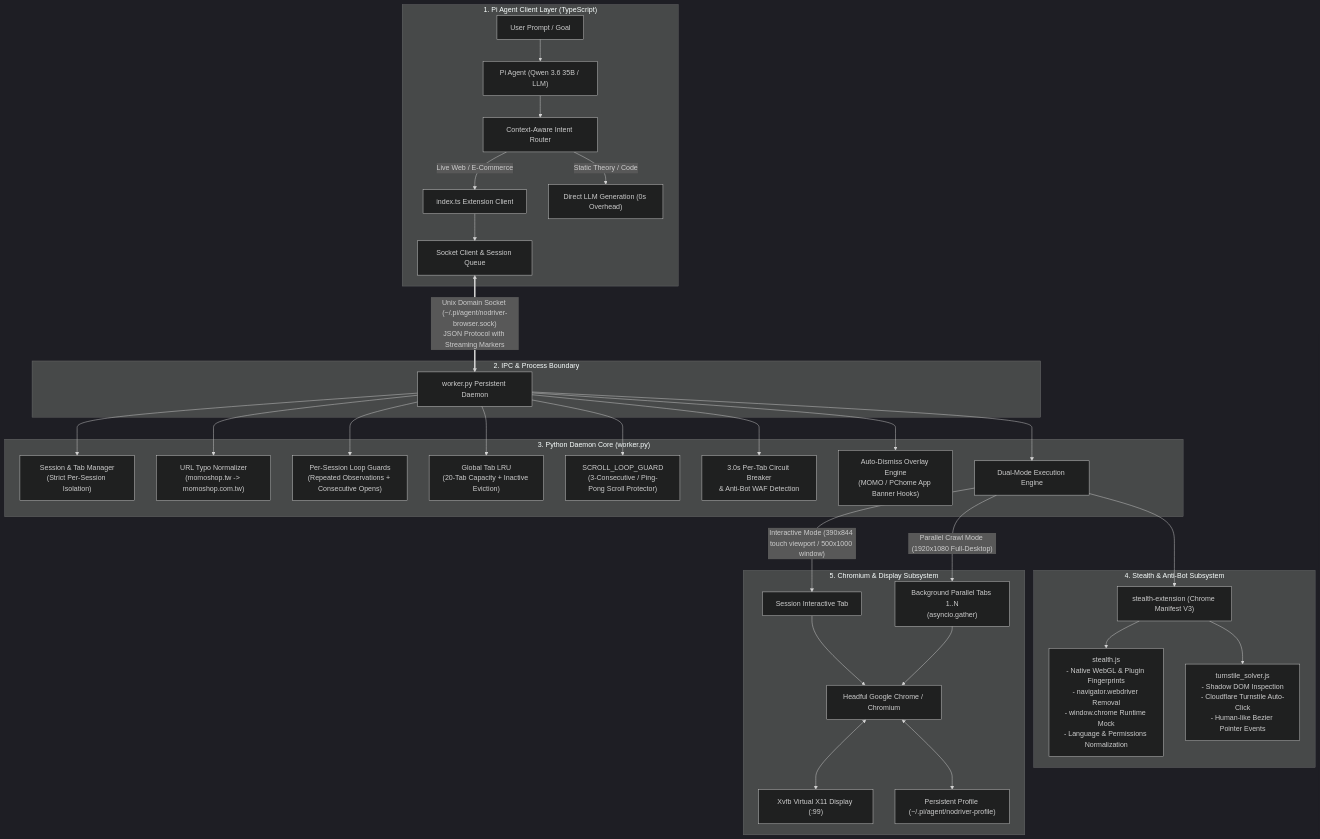
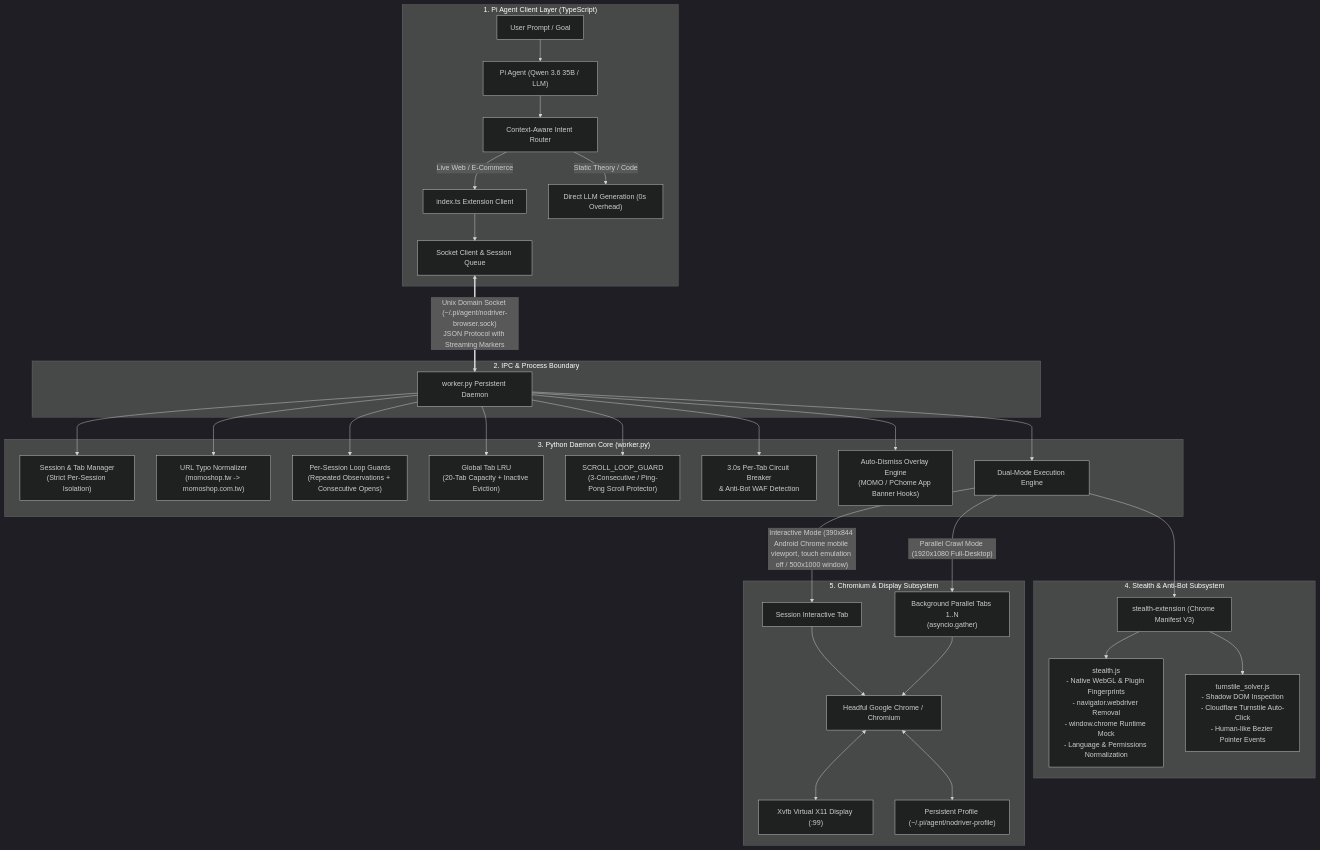
One commit to AyaSakura-comp/pi-nodriver-browser changed the first of 5 diagrams in README.md. Above: the diagram before and after it, drawn with Mermaid (dark theme). The commit also changed other lines of this file and 8 other files, not shown here.

````diff
--- a/README.md
+++ b/README.md
@@ -24,40 +24,40 @@
 ```mermaid
 flowchart TB
     subgraph ClientLayer["1. Pi Agent Client Layer (TypeScript)"]
         UI["User Prompt / Goal"] --> AGENT["Pi Agent (Qwen 3.6 35B / LLM)"]
         AGENT --> ROUTER["Context-Aware Intent Router"]
         ROUTER -->|"Live Web / E-Commerce"| EXT["index.ts Extension Client"]
         ROUTER -->|"Static Theory / Code"| DIRECT["Direct LLM Generation (0s Overhead)"]
         EXT --> IPC_CLIENT["Socket Client & Session Queue"]
     end
 
     subgraph IPCLayer["2. IPC & Process Boundary"]
         IPC_CLIENT <==>|"Unix Domain Socket (~/.pi/agent/nodriver-browser.sock)\nJSON Protocol with Streaming Markers"| DAEMON["worker.py Persistent Daemon"]
     end
 
     subgraph DaemonLayer["3. Python Daemon Core (worker.py)"]
         DAEMON --> SESSIONS["Session & Tab Manager\n(Strict Per-Session Isolation)"]
         DAEMON --> URL_NORM["URL Typo Normalizer\n(momoshop.tw -> momoshop.com.tw)"]
         DAEMON --> GUARD["Per-Session Loop Guards\n(Repeated Observations + Consecutive Opens)"]
         DAEMON --> TAB_LRU["Global Tab LRU\n(20-Tab Capacity + Inactive Eviction)"]
         DAEMON --> SCROLL_GUARD["SCROLL_LOOP_GUARD\n(3-Consecutive / Ping-Pong Scroll Protector)"]
         DAEMON --> BREAKER["3.0s Per-Tab Circuit Breaker\n& Anti-Bot WAF Detection"]
         DAEMON --> AUTO_DISMISS["Auto-Dismiss Overlay Engine\n(MOMO / PChome App Banner Hooks)"]
         DAEMON --> ENGINE["Dual-Mode Execution Engine"]
     end
 
     subgraph StealthLayer["4. Stealth & Anti-Bot Subsystem"]
         ENGINE --> STEALTH_EXT["stealth-extension (Chrome Manifest V3)"]
         STEALTH_EXT --> S_STEALTH["stealth.js\n- Native WebGL & Plugin Fingerprints\n- navigator.webdriver Removal\n- window.chrome Runtime Mock\n- Language & Permissions Normalization"]
         STEALTH_EXT --> S_SOLVER["turnstile_solver.js\n- Shadow DOM Inspection\n- Cloudflare Turnstile Auto-Click\n- Human-like Bezier Pointer Events"]
     end
 
     subgraph BrowserLayer["5. Chromium & Display Subsystem"]
-        ENGINE -->|"Interactive Mode (390x844 touch viewport / 500x1000 window)"| TAB_ACTIVE["Session Interactive Tab"]
+        ENGINE -->|"Interactive Mode (390x844 Android Chrome mobile viewport, touch emulation off / 500x1000 window)"| TAB_ACTIVE["Session Interactive Tab"]
         ENGINE -->|"Parallel Crawl Mode (1920x1080 Full-Desktop)"| TABS_POOL["Background Parallel Tabs 1..N\n(asyncio.gather)"]
         TAB_ACTIVE --> CHROME["Headful Google Chrome / Chromium"]
         TABS_POOL --> CHROME
         CHROME <--> XVFB["Xvfb Virtual X11 Display (:99)"]
         CHROME <--> PROFILE["Persistent Profile (~/.pi/agent/nodriver-profile)"]
     end
 ```
````
